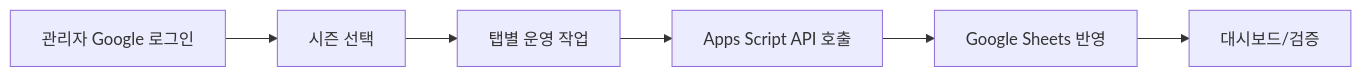
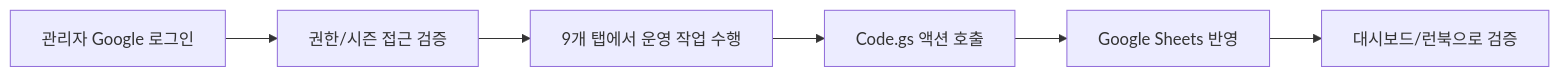
The diagram in docs/Wiki/02_Admin_Side_Guide.md (cloud-club/CloudClubAttendanceSystem), drawn with Mermaid before and after one commit. The commit also changed other lines of this file and 7 other files, not shown here.

````diff
--- a/docs/Wiki/02_Admin_Side_Guide.md
+++ b/docs/Wiki/02_Admin_Side_Guide.md
@@ -6,8 +6,8 @@
 ```mermaid
 flowchart LR
-  A["관리자 Google 로그인"] --> B["시즌 선택"]
-  B --> C["탭별 운영 작업"]
-  C --> D["Apps Script API 호출"]
+  A["관리자 Google 로그인"] --> B["권한/시즌 접근 검증"]
+  B --> C["9개 탭에서 운영 작업 수행"]
+  C --> D["Code.gs 액션 호출"]
   D --> E["Google Sheets 반영"]
-  E --> F["대시보드/검증"]
+  E --> F["대시보드/런북으로 검증"]
 ```
````
